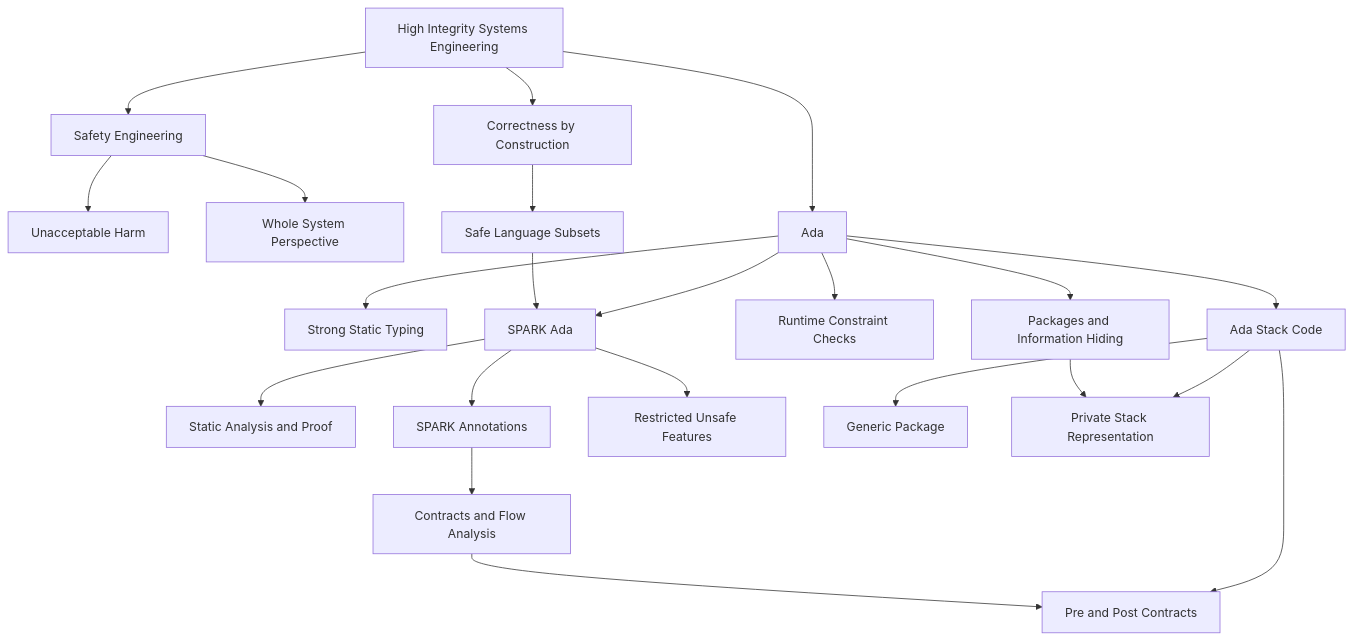
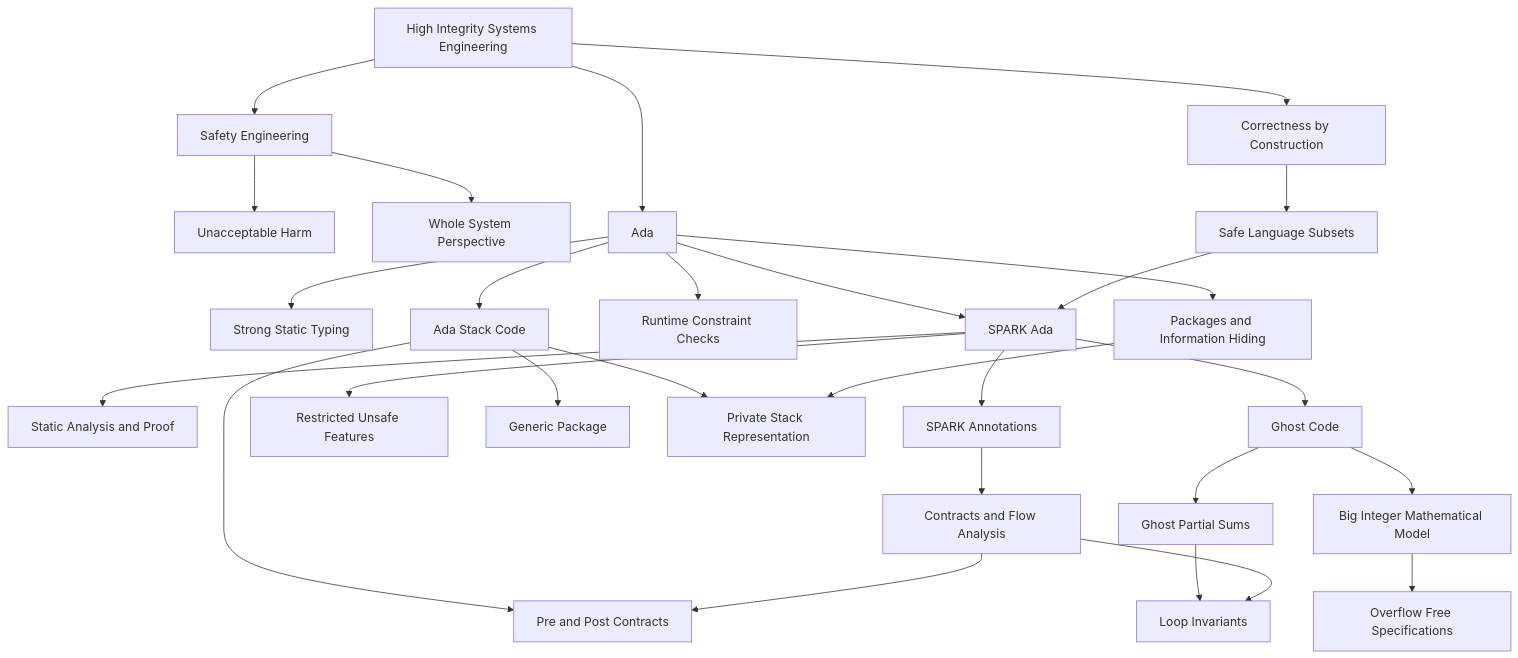
The diagram in study-agent/outputs/graph/knowledge_map.md (sisphus/High-Integrity-Systems-Engineering--notes-and-assigments), drawn with Mermaid before and after one commit. The commit also changed 391 other files, not shown here.

````diff
--- a/study-agent/outputs/graph/knowledge_map.md
+++ b/study-agent/outputs/graph/knowledge_map.md
@@ -1,24 +1,30 @@
 ```mermaid
 graph TD
     A[High Integrity Systems Engineering] --> B[Safety Engineering]
     B --> C[Unacceptable Harm]
     B --> D[Whole System Perspective]
     A --> E[Ada]
     E --> F[Strong Static Typing]
     E --> G[Packages and Information Hiding]
     E --> H[Runtime Constraint Checks]
     E --> I[SPARK Ada]
     I --> J[Static Analysis and Proof]
     A --> K[Correctness by Construction]
     K --> L[Safe Language Subsets]
     L --> I
     I --> M[SPARK Annotations]
     I --> N[Restricted Unsafe Features]
     M --> O[Contracts and Flow Analysis]
     E --> P[Ada Stack Code]
     P --> Q[Generic Package]
     P --> R[Private Stack Representation]
     P --> S[Pre and Post Contracts]
     G --> R
     O --> S
+    I --> T[Ghost Code]
+    T --> U[Big Integer Mathematical Model]
+    T --> V[Ghost Partial Sums]
+    U --> W[Overflow Free Specifications]
+    V --> X[Loop Invariants]
+    O --> X
 ```
````
